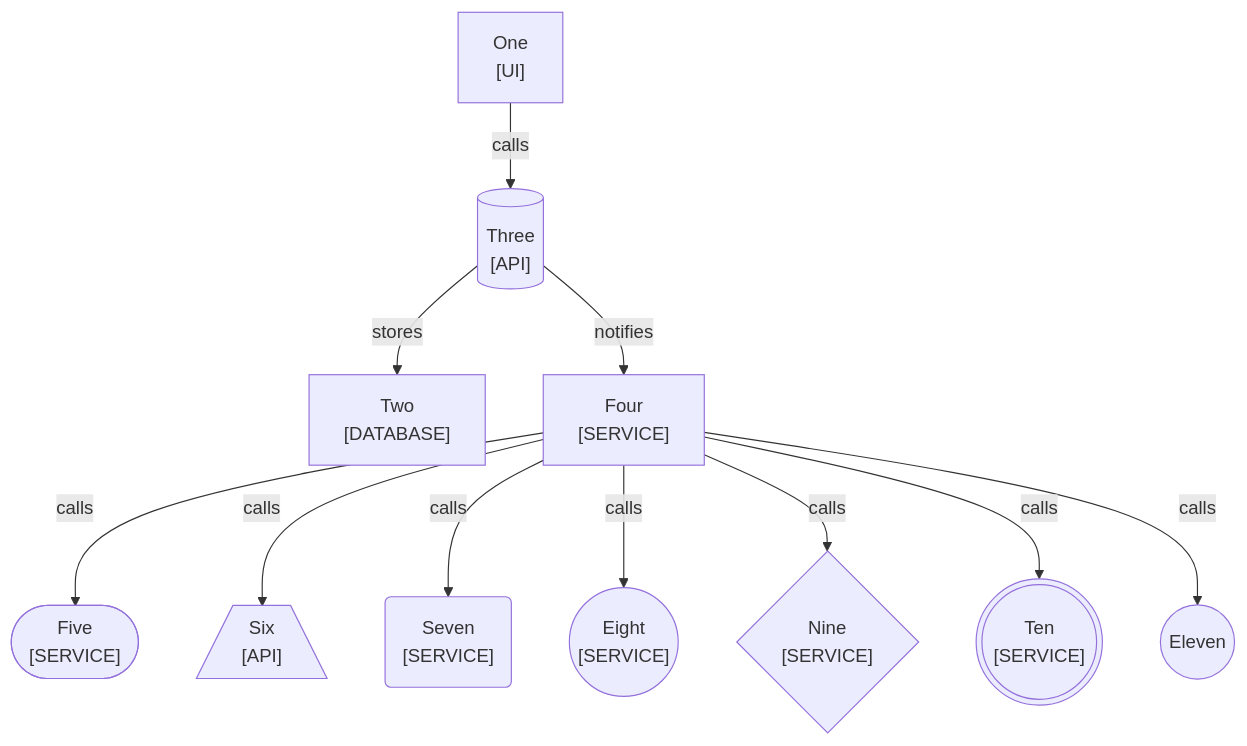
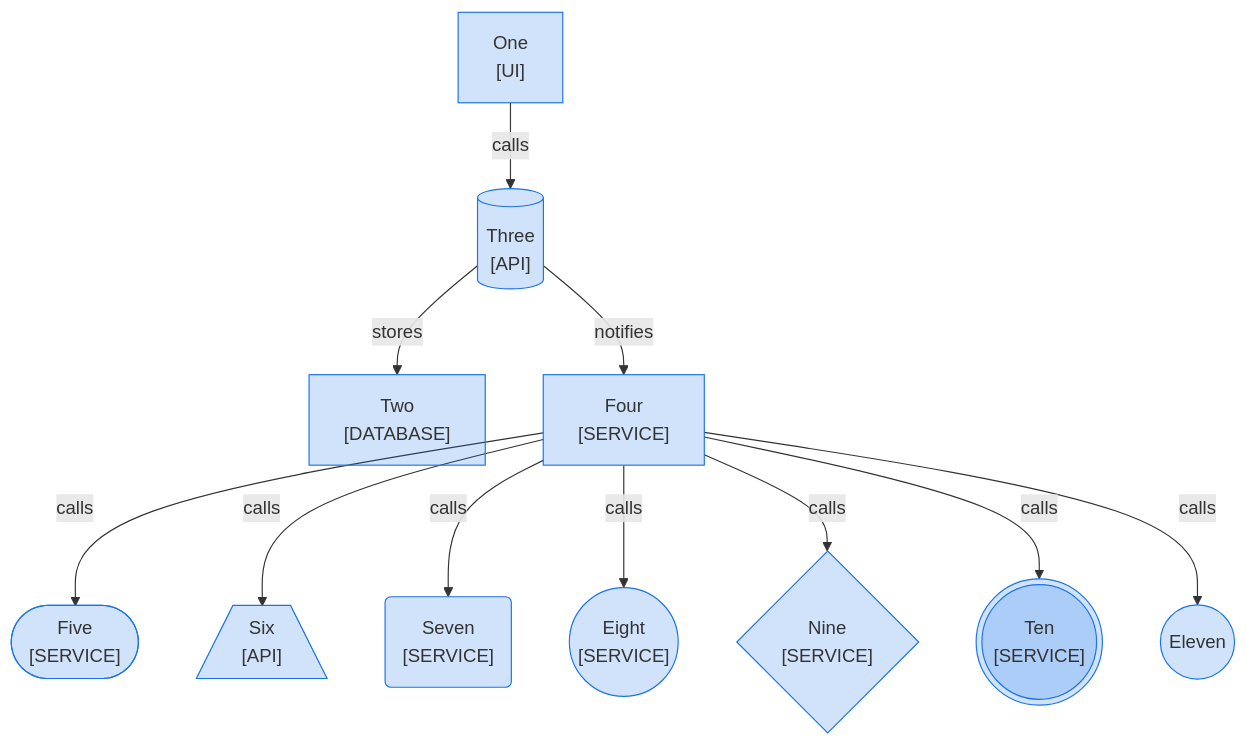
Before and after one commit to choonchernlim/skills: the diagram in skills/docsmith/scripts/fixtures/bad/mmd-shape.md, drawn with Mermaid. The commit also changed other lines of this file and 47 other files, not shown here.

First line of the commit message:
feat(docsmith): require owner colors, sequence owner bands, and docs domain folders

````diff
--- a/skills/docsmith/scripts/fixtures/bad/mmd-shape.md
+++ b/skills/docsmith/scripts/fixtures/bad/mmd-shape.md
@@ -14,24 +14,27 @@
 ```mermaid
 graph TD
   A["One<br/>[UI]"]
   B["Two<br/>[DATABASE]"]
   C[("Three<br/>[API]")]
   D["Four<br/>[SERVICE]"]
   E(["Five<br/>[SERVICE]"])
   F[/"Six<br/>[API]"\]
   G("Seven<br/>[SERVICE]")
   H(("Eight<br/>[SERVICE]"))
   I{"Nine<br/>[SERVICE]"}
   J((("Ten<br/>[SERVICE]")))
   K@{ shape: circle, label: "Eleven" }
   A -->|"calls"| C
   C -->|"stores"| B
   C -->|"notifies"| D
   D -->|"calls"| E
   D -->|"calls"| F
   D -->|"calls"| G
   D -->|"calls"| H
   D -->|"calls"| I
   D -->|"calls"| J
   D -->|"calls"| K
+
+  class A,B,C,D,E,F,G,H,I,J,K own
+  classDef own fill:#1a73e833,stroke:#1a73e8
 ```
````
